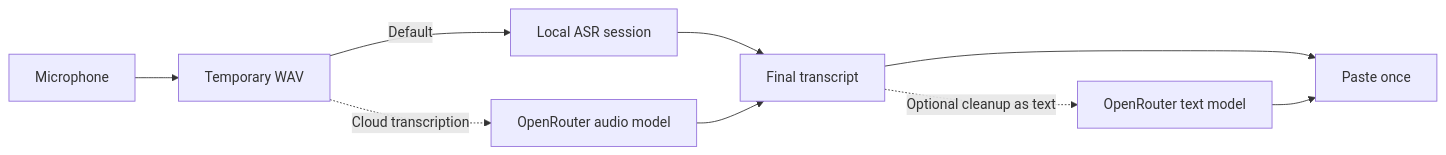
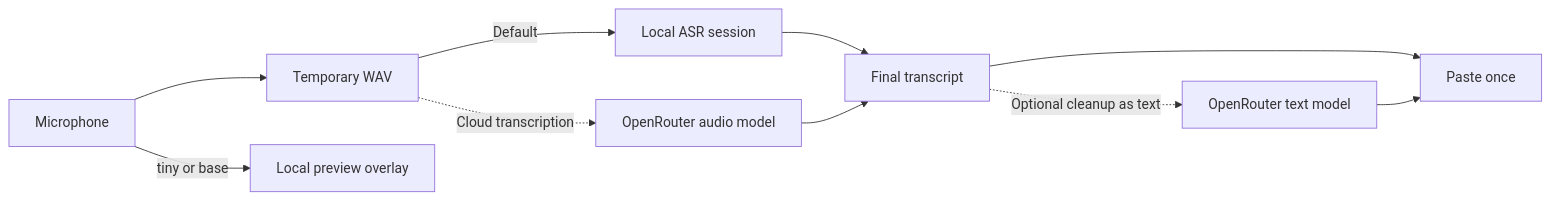
One commit to adevol/VoiceCommander changed the diagram in README.md. Above: the diagram before and after it, drawn with Mermaid. The commit also changed other lines of this file, not shown here.

````diff
--- a/README.md
+++ b/README.md
@@ -30,11 +30,12 @@
 ```mermaid
 flowchart LR
     A[Microphone] --> B[Temporary WAV]
+    A -->|tiny or base| P[Local preview overlay]
     B -->|Default| C[Local ASR session]
     B -. Cloud transcription .-> D[OpenRouter audio model]
     C --> E[Final transcript]
     D --> E
     E --> F[Paste once]
     E -. Optional cleanup as text .-> G[OpenRouter text model]
     G --> F
 ```
````
